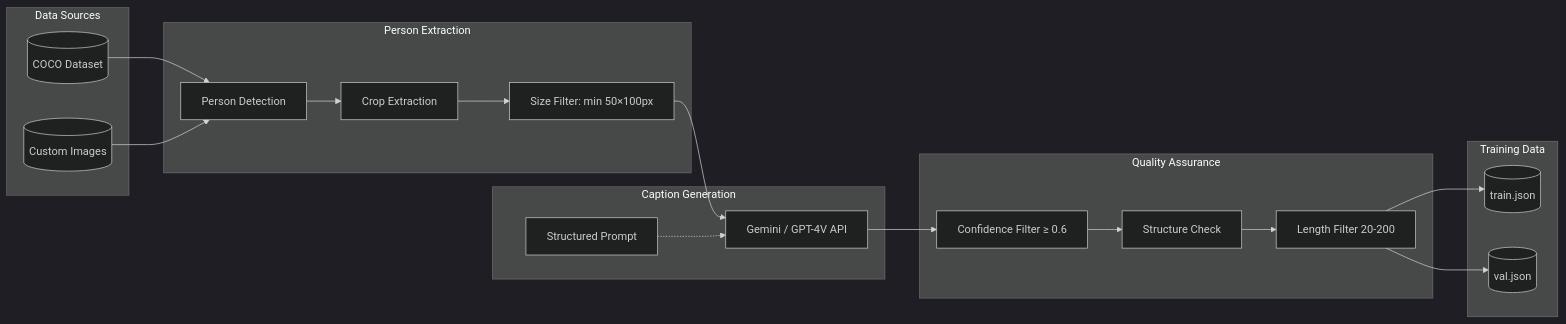
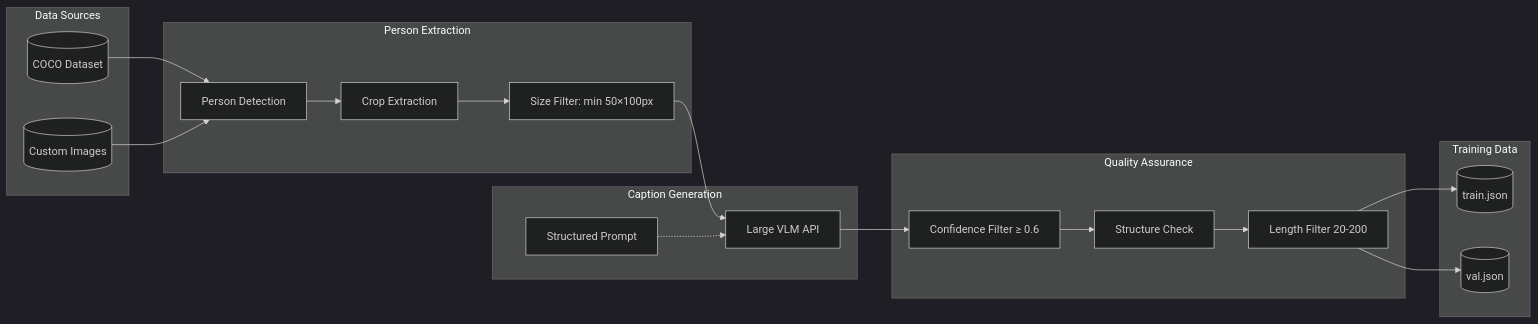
One commit to rishi02102017/Metafusion-Task changed the fourth of 11 diagrams in README.md. Above: the diagram before and after it, drawn with Mermaid. The commit also changed other lines of this file, not shown here.

Commit message:
Polish README: add executive summary, latency disclaimer, metric clarification, neutral VLM references

````diff
--- a/README.md
+++ b/README.md
@@ -214,36 +222,36 @@
 ```mermaid
 %%{init: {'theme': 'dark'}}%%
 flowchart LR
     subgraph Sources["Data Sources"]
         COCO[(COCO Dataset)]
         CUSTOM[(Custom Images)]
     end
 
     subgraph Extraction["Person Extraction"]
         DET[Person Detection]
         CROP[Crop Extraction]
         FILTER1["Size Filter: min 50×100px"]
     end
 
     subgraph Generation["Caption Generation"]
-        API[Gemini / GPT-4V API]
+        API[Large VLM API]
         PROMPT["Structured Prompt"]
     end
 
     subgraph QA["Quality Assurance"]
         CONF["Confidence Filter ≥ 0.6"]
         STRUCT["Structure Check"]
         LEN["Length Filter 20-200"]
     end
 
     subgraph Output["Training Data"]
         TRAIN[(train.json)]
         VAL[(val.json)]
     end
 
     COCO & CUSTOM --> DET --> CROP --> FILTER1
     FILTER1 --> API
     PROMPT -.-> API
     API --> CONF --> STRUCT --> LEN
     LEN --> TRAIN & VAL
 ```
````
